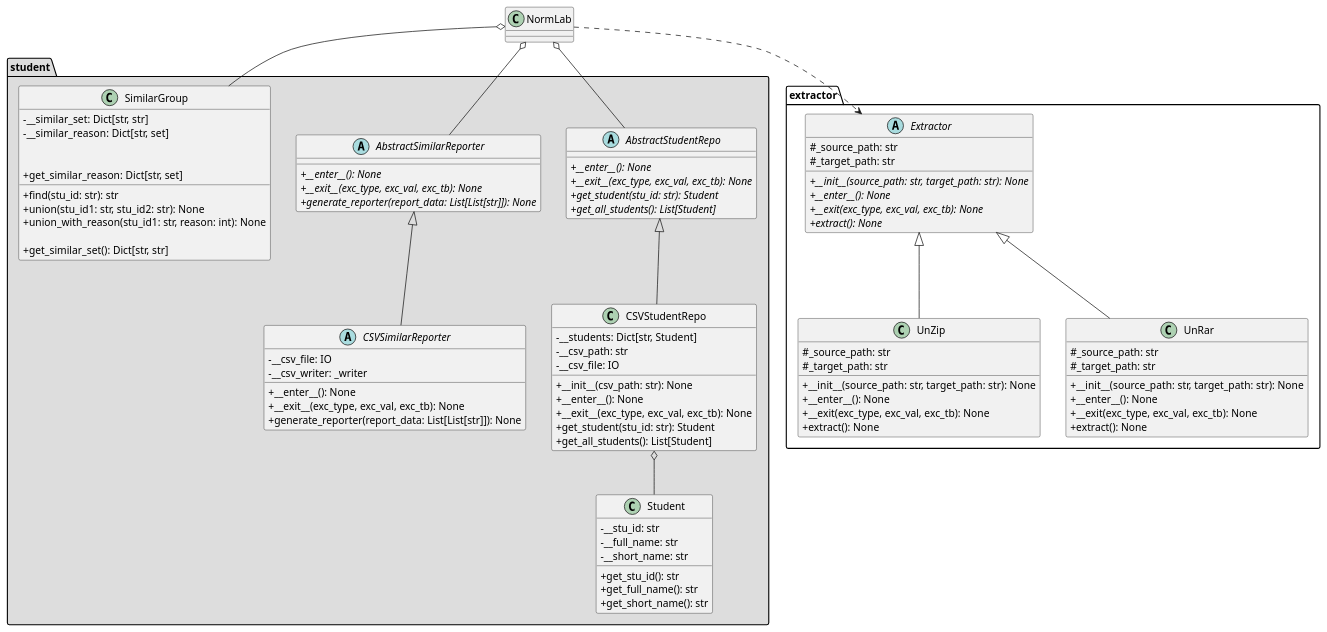
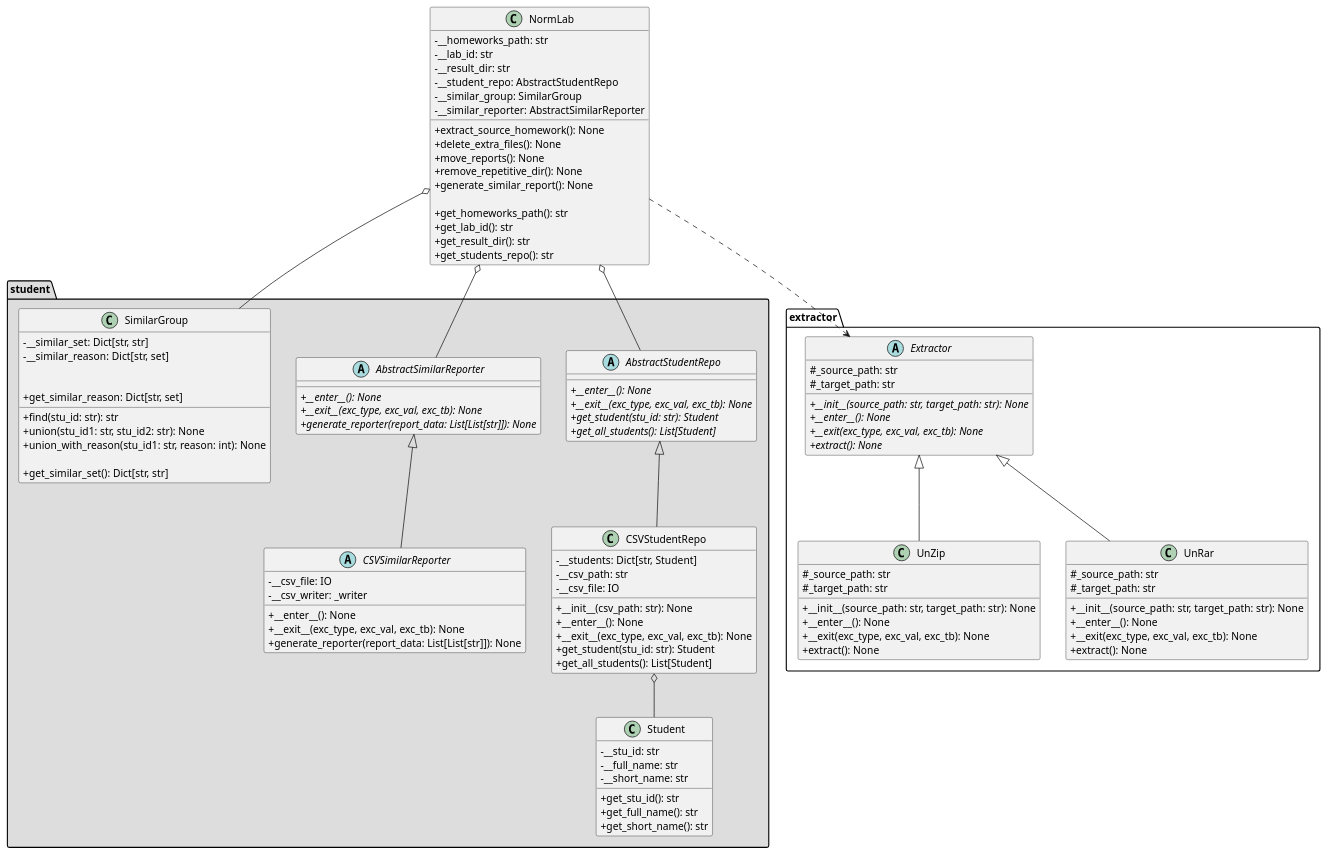
The diagram in doc/uml.plantuml (lixiao189/NormLab), drawn with PlantUML before and after one commit.

Commit message:
uml 完成

```diff
--- a/doc/uml.plantuml
+++ b/doc/uml.plantuml
@@ -1,101 +1,118 @@
 @startuml main
 skinparam classAttributeIconSize 0
 package "student" #DDDDDD {
     class Student {
         - __stu_id: str
         - __full_name: str
         - __short_name: str
 
         + get_stu_id(): str
         + get_full_name(): str
         + get_short_name(): str
     }
 
     abstract class AbstractStudentRepo {
         + {abstract} __enter__(): None
         + {abstract} __exit__(exc_type, exc_val, exc_tb): None
         + {abstract} get_student(stu_id: str): Student
         + {abstract} get_all_students(): List[Student]
     }
 
     class CSVStudentRepo extends AbstractStudentRepo {
         - __students: Dict[str, Student]
         - __csv_path: str
         - __csv_file: IO
 
         + __init__(csv_path: str): None
         + __enter__(): None
         + __exit__(exc_type, exc_val, exc_tb): None
         + get_student(stu_id: str): Student
         + get_all_students(): List[Student]
     }
 
     CSVStudentRepo o-- Student
 
     abstract class AbstractSimilarReporter {
         + {abstract} __enter__(): None
         + {abstract} __exit__(exc_type, exc_val, exc_tb): None
         + {abstract} generate_reporter(report_data: List[List[str]]): None
     }
 
     abstract class CSVSimilarReporter extends AbstractSimilarReporter {
         - __csv_file: IO
         - __csv_writer: _writer
         + __enter__(): None
         + __exit__(exc_type, exc_val, exc_tb): None
         + generate_reporter(report_data: List[List[str]]): None
     }
 
     class SimilarGroup {
         - __similar_set: Dict[str, str]
         - __similar_reason: Dict[str, set]
 
         + find(stu_id: str): str
         + union(stu_id1: str, stu_id2: str): None
         + union_with_reason(stu_id1: str, reason: int): None
 
         + get_similar_set(): Dict[str, str]
         + get_similar_reason: Dict[str, set]
     }
 }
 
 package "extractor" {
     abstract class Extractor {
         # _source_path: str
         # _target_path: str
 
         + {abstract} __init__(source_path: str, target_path: str): None
         + {abstract} __enter__(): None
         + {abstract} __exit(exc_type, exc_val, exc_tb): None
         + {abstract} extract(): None
     }
 
     class UnZip extends Extractor {
         # _source_path: str
         # _target_path: str
 
         + __init__(source_path: str, target_path: str): None
         + __enter__(): None
         + __exit(exc_type, exc_val, exc_tb): None
         + extract(): None
     }
 
     class UnRar extends Extractor {
         # _source_path: str
         # _target_path: str
 
         + __init__(source_path: str, target_path: str): None
         + __enter__(): None
         + __exit(exc_type, exc_val, exc_tb): None
         + extract(): None
     }
 }
 
 class NormLab {
+    - __homeworks_path: str
+    - __lab_id: str
+    - __result_dir: str
+    - __student_repo: AbstractStudentRepo
+    - __similar_group: SimilarGroup
+    - __similar_reporter: AbstractSimilarReporter
+
+    + extract_source_homework(): None
+    + delete_extra_files(): None
+    + move_reports(): None
+    + remove_repetitive_dir(): None
+    + generate_similar_report(): None
+
+    + get_homeworks_path(): str
+    + get_lab_id(): str
+    + get_result_dir(): str
+    + get_students_repo(): str
 }
 
 NormLab o-- AbstractSimilarReporter
 NormLab o-- AbstractStudentRepo
 NormLab o-- SimilarGroup
 NormLab ..> Extractor
 @enduml
```
